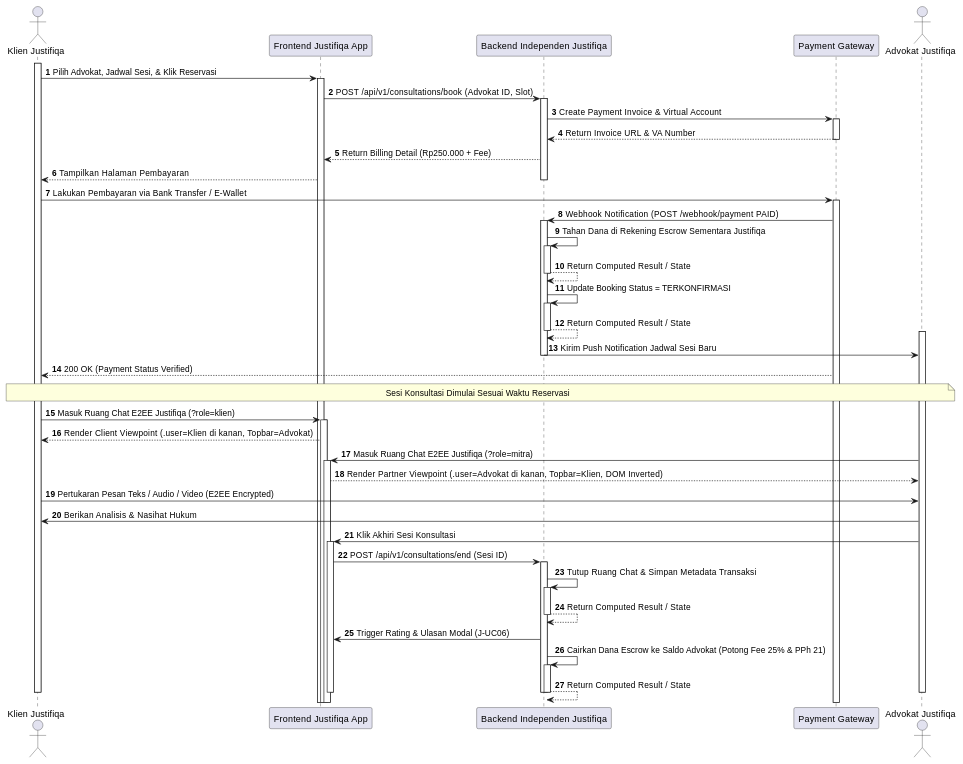
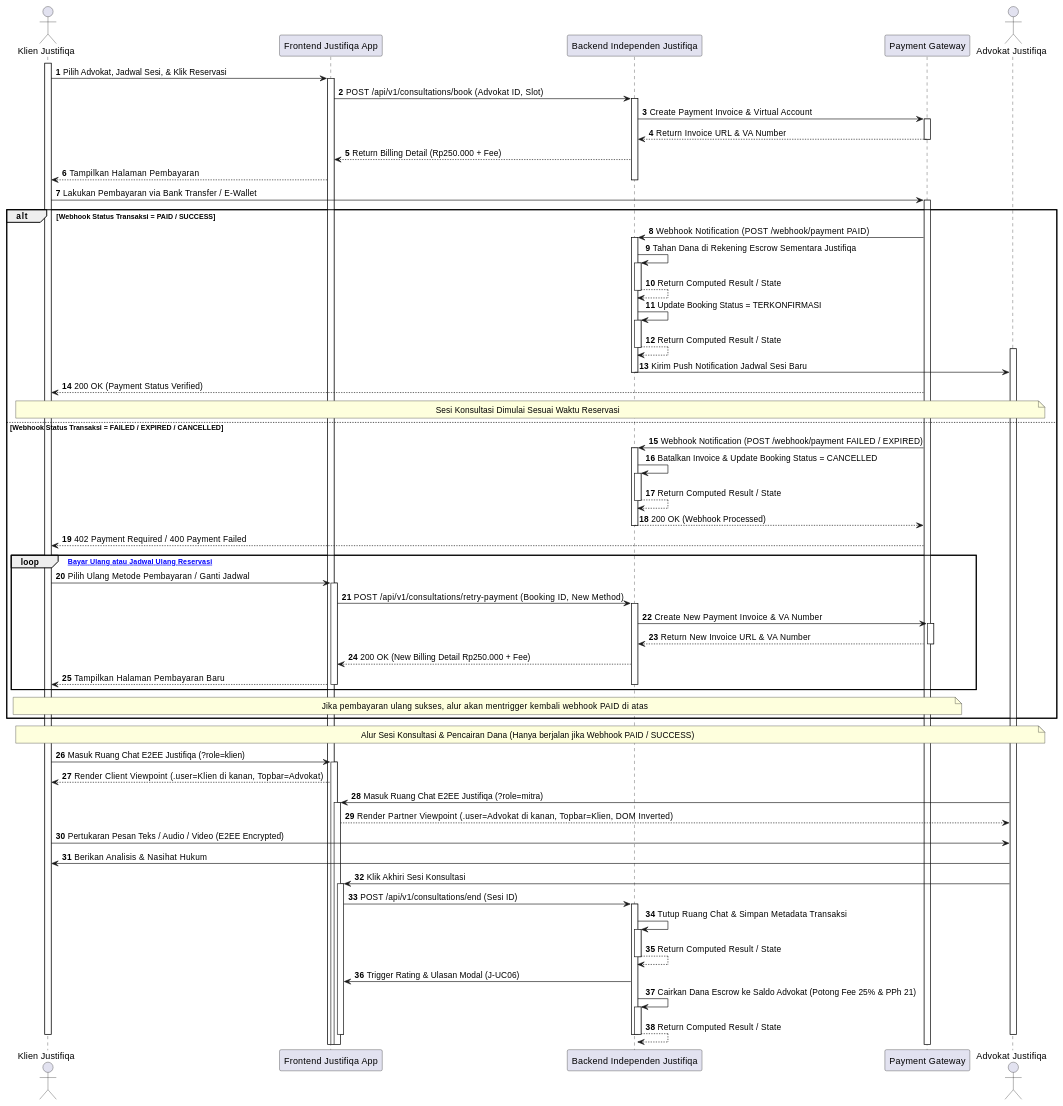
Before and after one commit to tupperwureism/SuperApp-Gagal: the third of 27 diagrams in MarkDown/plantuml_sequence_diagrams.md, drawn with PlantUML. The commit also changed other lines of this file and 2 other files, not shown here.

Commit message:
feat(uml): enforce 1-to-1 detail supremacy in SD over AD by adding retry loops and alternative branches across 11 sequence diagrams

````diff
--- a/MarkDown/plantuml_sequence_diagrams.md
+++ b/MarkDown/plantuml_sequence_diagrams.md
@@ -130,50 +158,74 @@
 ```plantuml
 @startuml
 autonumber
 actor "Klien Justifiqa" as Klien
 participant "Frontend Justifiqa App" as FE
 participant "Backend Independen Justifiqa" as BE
 participant "Payment Gateway" as PG
 actor "Advokat Justifiqa" as Mitra
 
 activate Klien
 Klien -> FE ++ : Pilih Advokat, Jadwal Sesi, & Klik Reservasi
 FE -> BE ++ : POST /api/v1/consultations/book (Advokat ID, Slot)
 BE -> PG ++ : Create Payment Invoice & Virtual Account
 PG --> BE -- : Return Invoice URL & VA Number
 BE --> FE : Return Billing Detail (Rp250.000 + Fee)
 FE --> Klien : Tampilkan Halaman Pembayaran
 deactivate BE
 
 Klien -> PG ++ : Lakukan Pembayaran via Bank Transfer / E-Wallet
-PG -> BE ++ : Webhook Notification (POST /webhook/payment PAID)
-BE -> BE ++ : Tahan Dana di Rekening Escrow Sementara Justifiqa
-BE --> BE -- : Return Computed Result / State
-BE -> BE ++ : Update Booking Status = TERKONFIRMASI
-BE --> BE -- : Return Computed Result / State
-activate Mitra
-BE -> Mitra : Kirim Push Notification Jadwal Sesi Baru
-deactivate BE
-PG --> Klien : 200 OK (Payment Status Verified)
 
-note over Klien, Mitra : Sesi Konsultasi Dimulai Sesuai Waktu Reservasi
+alt Webhook Status Transaksi = PAID / SUCCESS
+    PG -> BE ++ : Webhook Notification (POST /webhook/payment PAID)
+    BE -> BE ++ : Tahan Dana di Rekening Escrow Sementara Justifiqa
+    BE --> BE -- : Return Computed Result / State
+    BE -> BE ++ : Update Booking Status = TERKONFIRMASI
+    BE --> BE -- : Return Computed Result / State
+    activate Mitra
+    BE -> Mitra : Kirim Push Notification Jadwal Sesi Baru
+    deactivate BE
+    PG --> Klien : 200 OK (Payment Status Verified)
+    
+    note over Klien, Mitra : Sesi Konsultasi Dimulai Sesuai Waktu Reservasi
+else Webhook Status Transaksi = FAILED / EXPIRED / CANCELLED
+    PG -> BE ++ : Webhook Notification (POST /webhook/payment FAILED / EXPIRED)
+    BE -> BE ++ : Batalkan Invoice & Update Booking Status = CANCELLED
+    BE --> BE -- : Return Computed Result / State
+    BE --> PG -- : 200 OK (Webhook Processed)
+    PG --> Klien : 402 Payment Required / 400 Payment Failed
+    
+    loop [Coba Bayar Ulang atau Jadwal Ulang Reservasi]
+        Klien -> FE ++ : Pilih Ulang Metode Pembayaran / Ganti Jadwal
+        FE -> BE ++ : POST /api/v1/consultations/retry-payment (Booking ID, New Method)
+        BE -> PG ++ : Create New Payment Invoice & VA Number
+        PG --> BE -- : Return New Invoice URL & VA Number
+        BE --> FE : 200 OK (New Billing Detail Rp250.000 + Fee)
+        FE --> Klien : Tampilkan Halaman Pembayaran Baru
+        deactivate BE
+        deactivate FE
+    end
+    
+    note over Klien, PG : Jika pembayaran ulang sukses, alur akan mentrigger kembali webhook PAID di atas
+end
+
+note over Klien, Mitra : Alur Sesi Konsultasi & Pencairan Dana (Hanya berjalan jika Webhook PAID / SUCCESS)
 Klien -> FE ++ : Masuk Ruang Chat E2EE Justifiqa (?role=klien)
 FE --> Klien : Render Client Viewpoint (.user=Klien di kanan, Topbar=Advokat)
 Mitra -> FE ++ : Masuk Ruang Chat E2EE Justifiqa (?role=mitra)
 FE --> Mitra : Render Partner Viewpoint (.user=Advokat di kanan, Topbar=Klien, DOM Inverted)
 Klien -> Mitra : Pertukaran Pesan Teks / Audio / Video (E2EE Encrypted)
 Mitra -> Klien : Berikan Analisis & Nasihat Hukum
 
 Mitra -> FE ++ : Klik Akhiri Sesi Konsultasi
 FE -> BE ++ : POST /api/v1/consultations/end (Sesi ID)
 BE -> BE ++ : Tutup Ruang Chat & Simpan Metadata Transaksi
 BE --> BE -- : Return Computed Result / State
 BE -> FE : Trigger Rating & Ulasan Modal (J-UC06)
 BE -> BE ++ : Cairkan Dana Escrow ke Saldo Advokat (Potong Fee 25% & PPh 21)
 BE --> BE -- : Return Computed Result / State
 deactivate BE
 deactivate FE
 deactivate Klien
 deactivate Mitra
 @enduml
 ```
````
